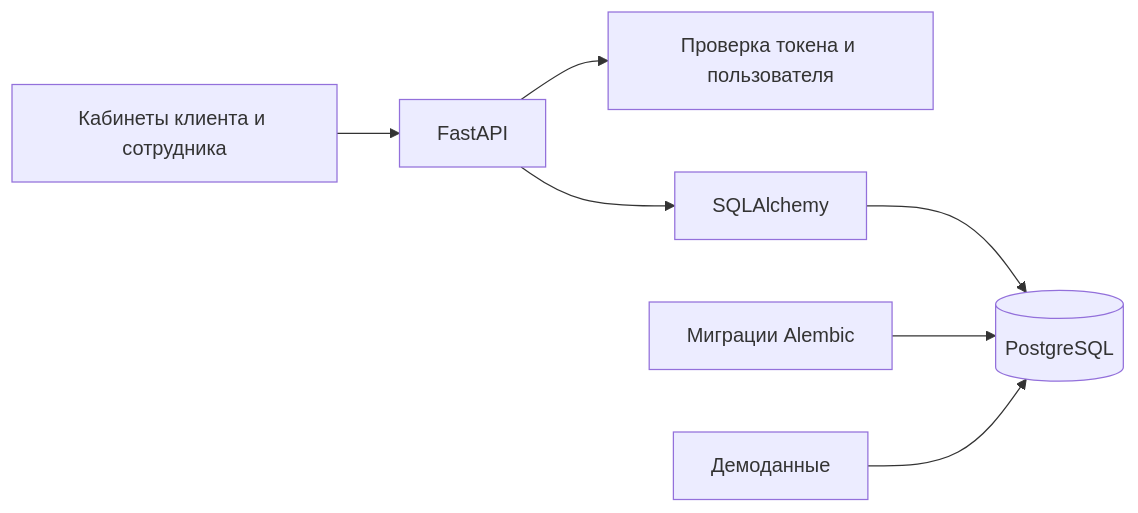
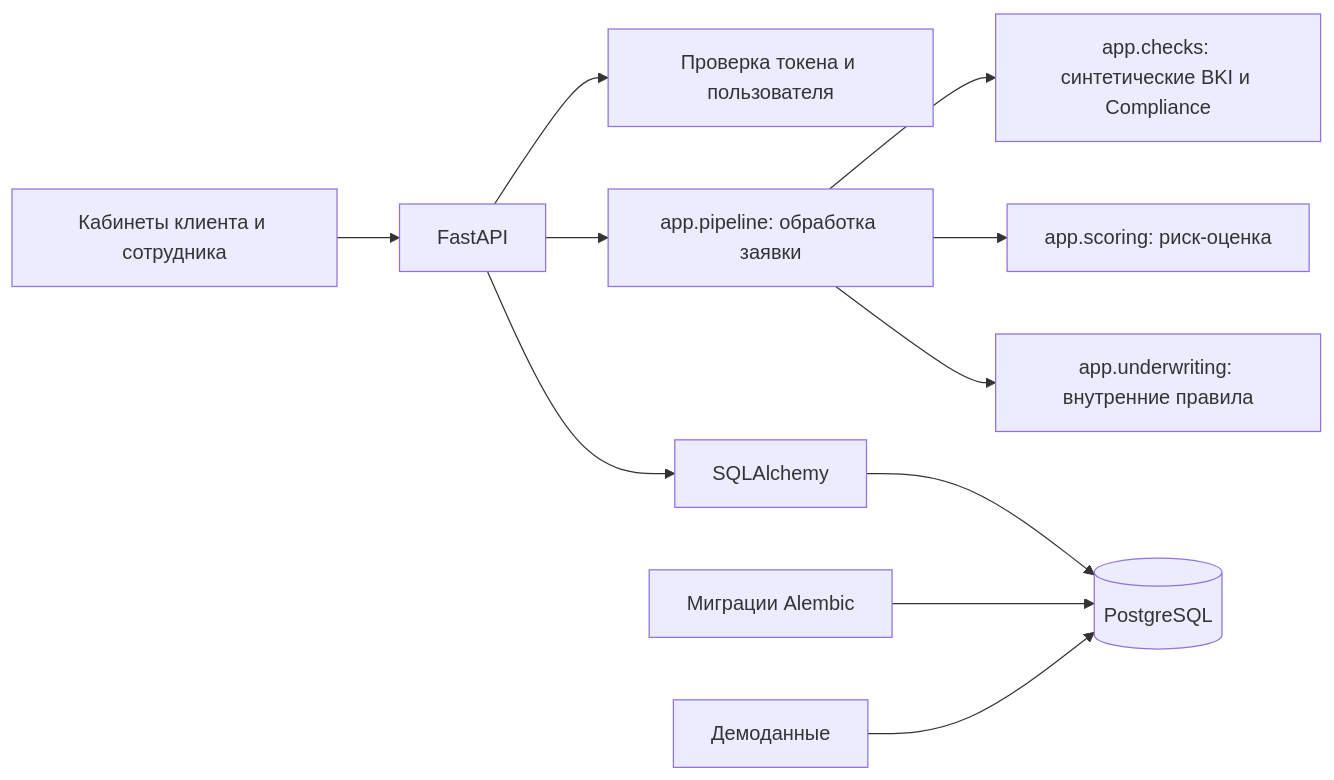
One commit to ttsbtw/McDonald_AlfaHackathon changed the first of 2 diagrams in backend/docs/architecture.md. Above: the diagram before and after it, drawn with Mermaid. The commit also changed other lines of this file and 3 other files, not shown here.

Commit message:
docs: describe synthetic checks and audit API

````diff
--- a/backend/docs/architecture.md
+++ b/backend/docs/architecture.md
@@ -3,9 +3,13 @@
 ```mermaid
 flowchart LR
     Browser[Кабинеты клиента и сотрудника] --> API[FastAPI]
     API --> Auth[Проверка токена и пользователя]
+    API --> Pipeline[app.pipeline: обработка заявки]
+    Pipeline --> Checks[app.checks: синтетические BKI и Compliance]
+    Pipeline --> Scoring[app.scoring: риск-оценка]
+    Pipeline --> UW[app.underwriting: внутренние правила]
     API --> ORM[SQLAlchemy]
     ORM --> PG[(PostgreSQL)]
     Alembic[Миграции Alembic] --> PG
     Seed[Демоданные] --> PG
 ```
````
